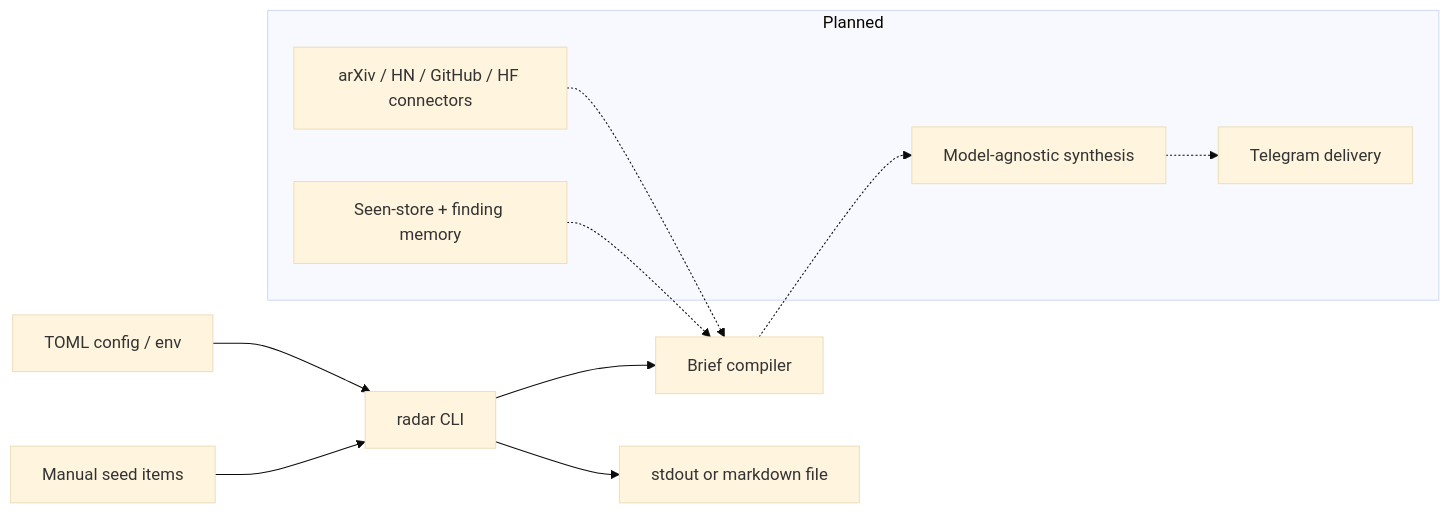
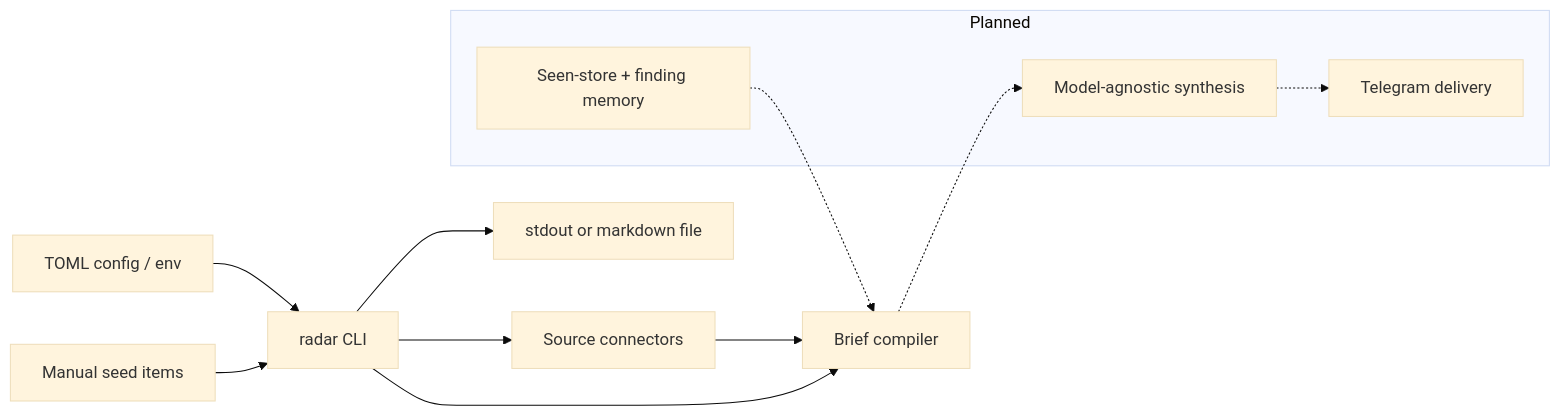
Before and after one commit to mastroke/ai-research-radar: the diagram in README.md, drawn with Mermaid (base theme). The commit also changed other lines of this file and 8 other files, not shown here.

````diff
--- a/README.md
+++ b/README.md
@@ -26,19 +26,19 @@
 ```mermaid
 flowchart LR
     Config[TOML config / env] --> CLI[radar CLI]
-    CLI --> Briefing[Brief compiler]
+    CLI --> Connectors[Source connectors]
+    Connectors --> Briefing[Brief compiler]
+    CLI --> Briefing
     CLI --> Writer[stdout or markdown file]
     SeedItems[Manual seed items] --> CLI
 
     subgraph Planned
-        Connectors[arXiv / HN / GitHub / HF connectors]
         Memory[Seen-store + finding memory]
         LLM[Model-agnostic synthesis]
         Telegram[Telegram delivery]
     end
 
-    Connectors -.-> Briefing
     Memory -.-> Briefing
     Briefing -.-> LLM
     LLM -.-> Telegram
 ```
````
